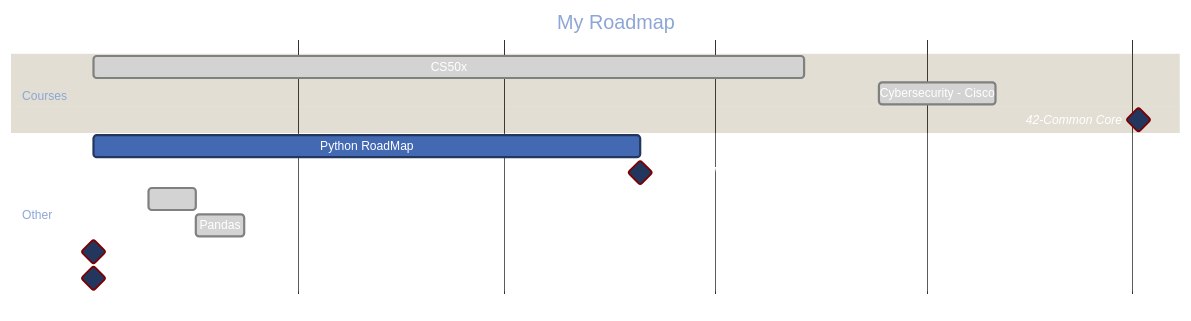
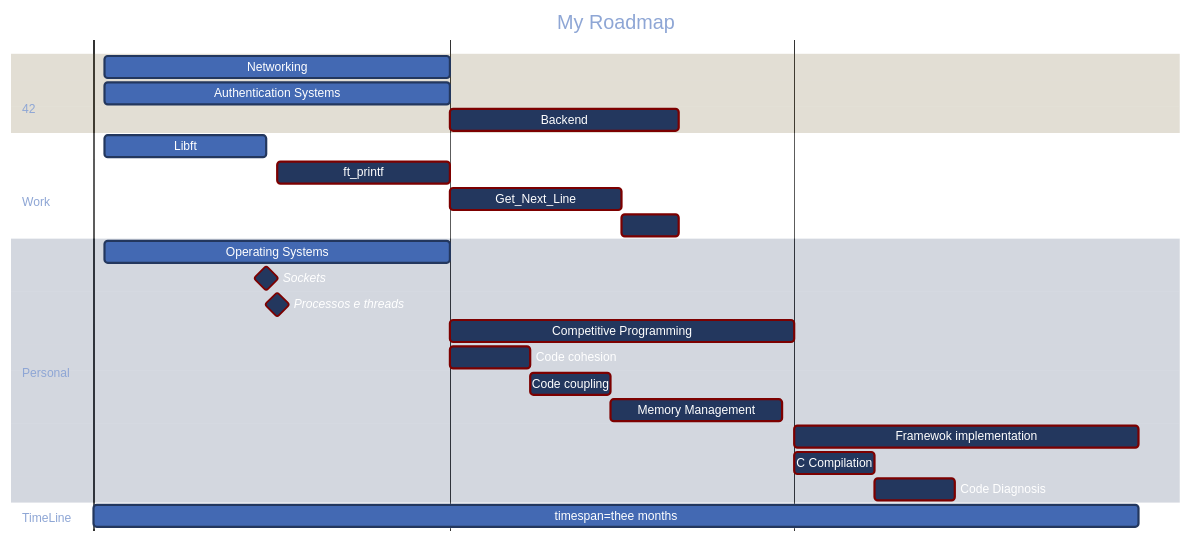
One commit to see7e/programming-studies changed the diagram in README.md. Above: the diagram before and after it, drawn with Mermaid. The commit also changed other lines of this file and 3 other files, not shown here.

````diff
--- a/README.md
+++ b/README.md
@@ -51,30 +54,53 @@
 ```mermaid
 %%{
   init: {
     'theme': 'base',
     'themeVariables': {
       'primaryColor': '#23375E',
       'primaryTextColor': '#FFF',
       'primaryBorderColor': '#7C0000',
       'lineColor': '#F8B229'
     }
   }
 }%%
 
 gantt
-	title My Roadmap
-    dateFormat  DD-MM-YYYY
+  title My Roadmap
+  dateFormat DD-MM-YYYY
+  tickInterval 1month
 
-    section Courses
-    CS50x                       :done, c1, 02-05-2023, 14-08-2023
-    Cybersecurity - Cisco       :done, c7, 25-08-2023, 11-09-2023
-    42-Common Core              :milestone, 42, 02-10-2023, 0d
+  section Work
+    %% October
+    Networking              :active, 02-10-2023, 30d
+    Authentication Systems  :active, 02-10-2023, 01-11-2023
+    %% November
+    Backend                 :20d
 
-    section Other
-    Python RoadMap              :active, a1, 02-05-2023, 80d
-    SQL RoadMap|PSQL|PostGIS    :milestone, after a1, 0d
-    OpenPyXL                    :done, a5, 10-05-2023, 7d 
-    Pandas                      :done, after a5, 7d
-    PowerBI (not started)       :milestone, 02-05-2023, 0d
-    PowerApps (not started)     :milestone, 0d
+  section 42
+    %% October
+    Libft                   :active, 02-10-2023, 16-10-2023
+    ft_printf               :17-10-2023, 15d
+    %% November
+    Get_Next_Line           :15d
+    Born2beroot             :5d
+    %% December
+
+  section Personal
+    %% October
+    Operating Systems       :active, 02-10-2023, 30d
+    Sockets                 :milestone, 16-10-2023, 0d
+    Processos e threads     :milestone, 17-10-2023, 0d
+    %% November
+    Competitive Programming :01-11-2023, 30d
+    Code cohesion           :01-11-2023, 7d
+    Code coupling           :7d
+    Memory Management       :15d
+    %% December
+    Framewok implementation :01-12-2023, 30d
+    C Compilation           :01-12-2023, 7d
+    Code Diagnosis          :7d
+
+  section TimeLine
+    timespan=thee months :active, 01-10-2023, 31-12-2023
+
 ```
````
